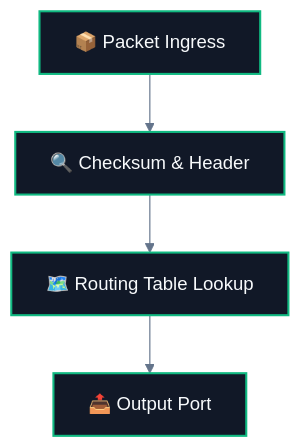
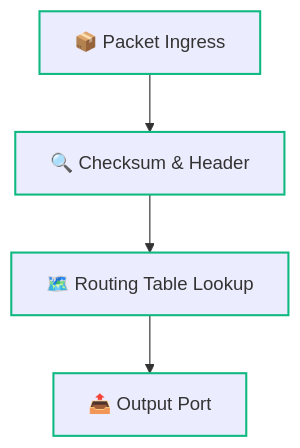
One commit to abhinavbharti2345/CS_Notes changed the third of 4 diagrams in CS/Computer Networking/01. Architecture & Fundamentals/04. Network Performance - Delay, Latency, Throughput.md. Above: the diagram before and after it, drawn with Mermaid. The commit also changed other lines of this file and 91 other files, not shown here.

````diff
--- a/CS/Computer Networking/01. Architecture & Fundamentals/04. Network Performance - Delay, Latency, Throughput.md
+++ b/CS/Computer Networking/01. Architecture & Fundamentals/04. Network Performance - Delay, Latency, Throughput.md
@@ -85,8 +83,7 @@
 ```mermaid
-%%{init: {'theme': 'base', 'themeVariables': { 'darkMode': true, 'background': '#0B0F14', 'mainBkg': '#111827', 'primaryColor': '#111827', 'primaryTextColor': '#F8FAFC', 'primaryBorderColor': '#38BDF8', 'lineColor': '#64748B', 'secondaryColor': '#0B0F14', 'tertiaryColor': '#0B0F14', 'clusterBkg': '#0B0F14', 'clusterBorder': '#38BDF8' }}}%%
 flowchart TD
     Ingress["📦 Packet Ingress"] --> Check["🔍 Checksum & Header"] --> Lookup["🗺️ Routing Table Lookup"] --> Egress["📤 Output Port"]
     
-    classDef step fill:#111827,stroke:#10b981,stroke-width:1.8px,color:#F8FAFC;
+    classDef step stroke:#10b981,stroke-width:1.8px;
     class Ingress,Check,Lookup,Egress step;
 ```
````
